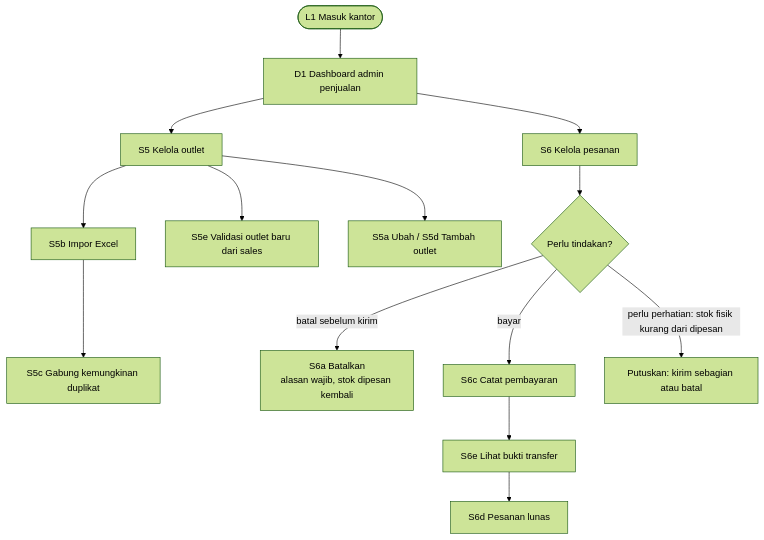
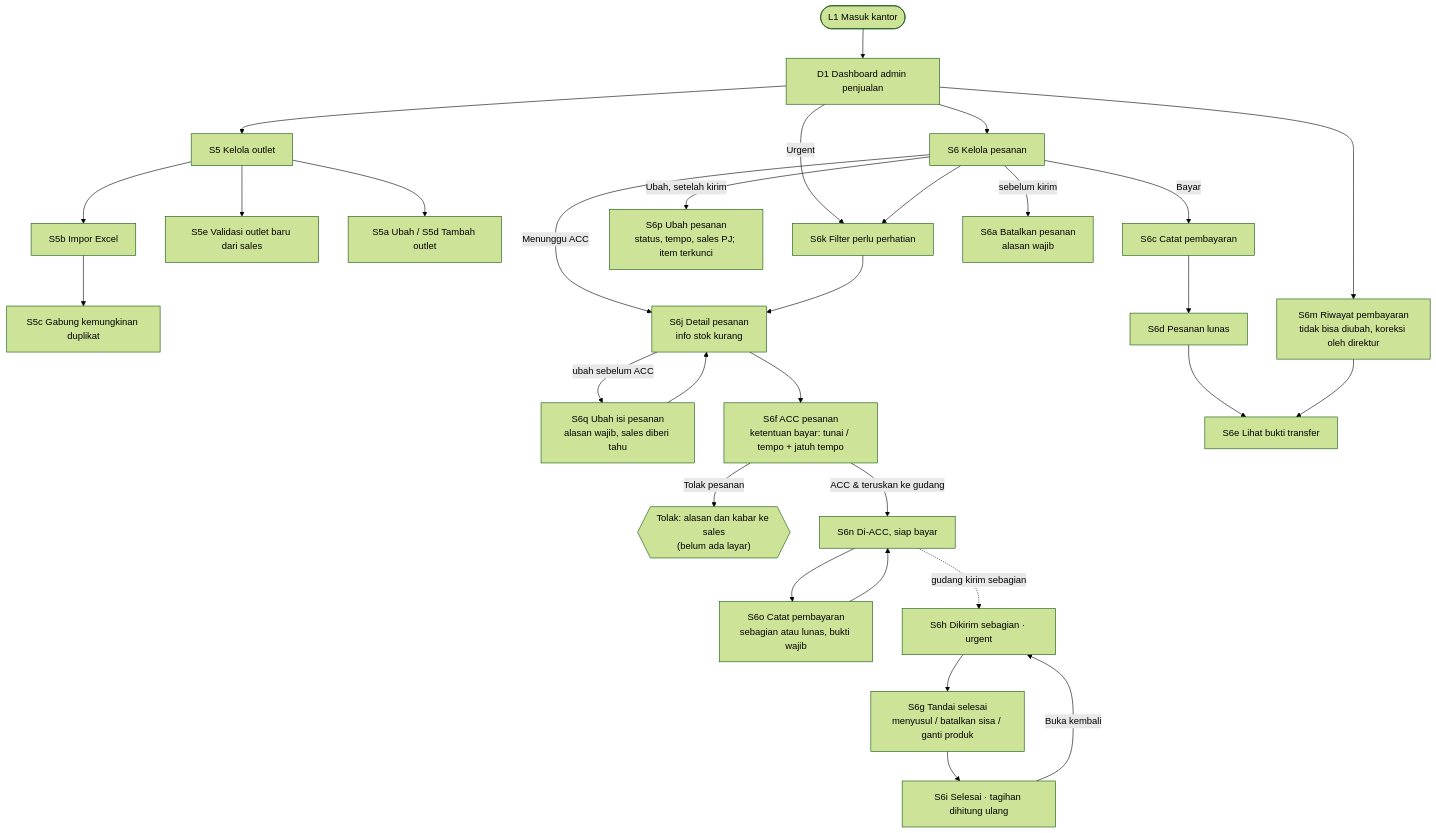
One commit to glayOne23/drpps_hackathon_2026 changed the second of 5 diagrams in proyek/arb-02/user-flow.md. Above: the diagram before and after it, drawn with Mermaid (forest theme). The commit also changed other lines of this file and 2 other files, not shown here.

Commit message:
[feature] alur ACC, kirim sebagian, pembayaran, akun dari figma 5 nov

````diff
--- a/proyek/arb-02/user-flow.md
+++ b/proyek/arb-02/user-flow.md
@@ -41,13 +44,28 @@
 ```mermaid
 flowchart TD
     A([L1 Masuk kantor]) --> B[D1 Dashboard admin penjualan]
     B --> C[S5 Kelola outlet]
     C --> C1[S5b Impor Excel] --> C2[S5c Gabung kemungkinan duplikat]
     C --> C3[S5e Validasi outlet baru dari sales]
     C --> C4[S5a Ubah / S5d Tambah outlet]
     B --> D[S6 Kelola pesanan]
-    D --> D1{Perlu tindakan?}
-    D1 -->|batal sebelum kirim| D2[S6a Batalkan<br/>alasan wajib, stok dipesan kembali]
-    D1 -->|bayar| D3[S6c Catat pembayaran] --> D4[S6e Lihat bukti transfer] --> D5[S6d Pesanan lunas]
-    D1 -->|"perlu perhatian: stok fisik kurang dari dipesan"| D6[Putuskan: kirim sebagian atau batal]
+    B -->|Urgent| K[S6k Filter perlu perhatian]
+    D --> K
+    D -->|Menunggu ACC| J[S6j Detail pesanan<br/>info stok kurang]
+    K --> J
+    J -->|ubah sebelum ACC| Q[S6q Ubah isi pesanan<br/>alasan wajib, sales diberi tahu]
+    Q --> J
+    J --> F[S6f ACC pesanan<br/>ketentuan bayar: tunai / tempo + jatuh tempo]
+    F -->|Tolak pesanan| X{{"Tolak: alasan dan kabar ke sales<br/>(belum ada layar)"}}
+    F -->|ACC & teruskan ke gudang| N[S6n Di-ACC, siap bayar]
+    N --> O[S6o Catat pembayaran<br/>sebagian atau lunas, bukti wajib]
+    O --> N
+    N -. gudang kirim sebagian .-> H[S6h Dikirim sebagian · urgent]
+    H --> G[S6g Tandai selesai<br/>menyusul / batalkan sisa / ganti produk]
+    G --> I[S6i Selesai · tagihan dihitung ulang]
+    I -->|Buka kembali| H
+    D -->|Ubah, setelah kirim| P[S6p Ubah pesanan<br/>status, tempo, sales PJ; item terkunci]
+    D -->|Bayar| C6[S6c Catat pembayaran] --> D6[S6d Pesanan lunas] --> E6[S6e Lihat bukti transfer]
+    D -->|sebelum kirim| A6[S6a Batalkan pesanan<br/>alasan wajib]
+    B --> M[S6m Riwayat pembayaran<br/>tidak bisa diubah, koreksi oleh direktur] --> E6
 ```
````
